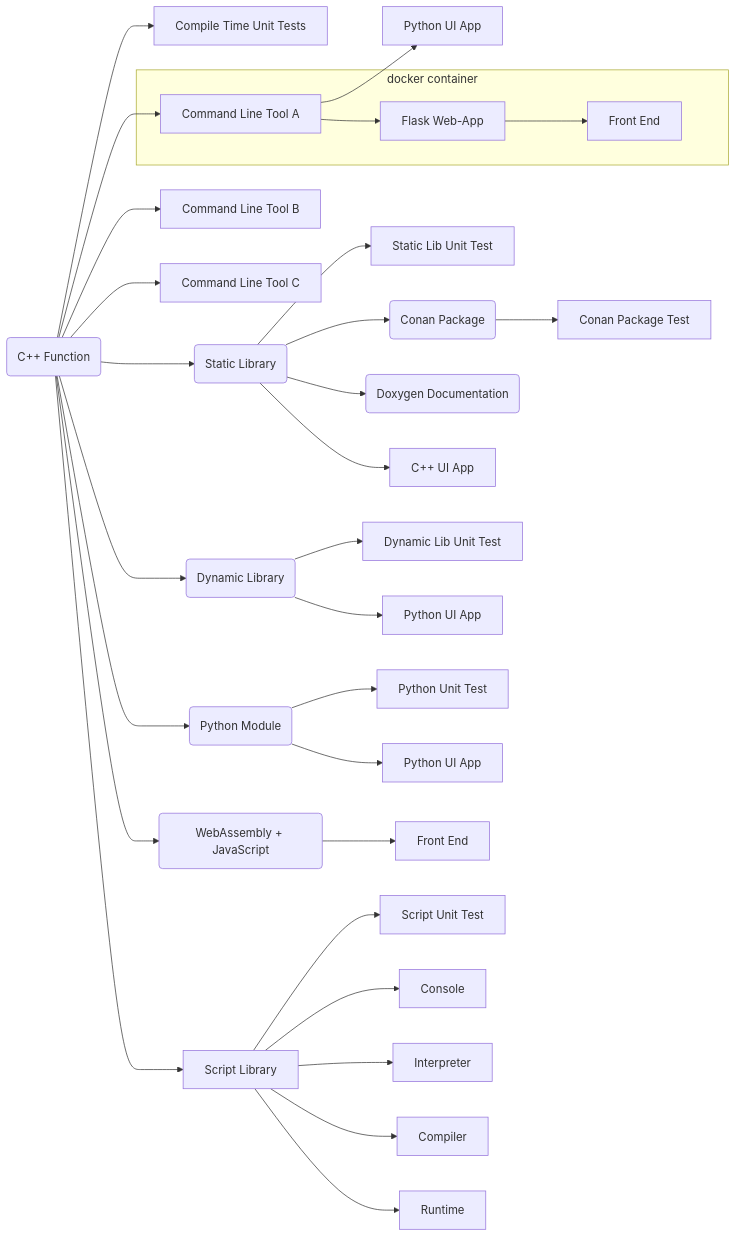
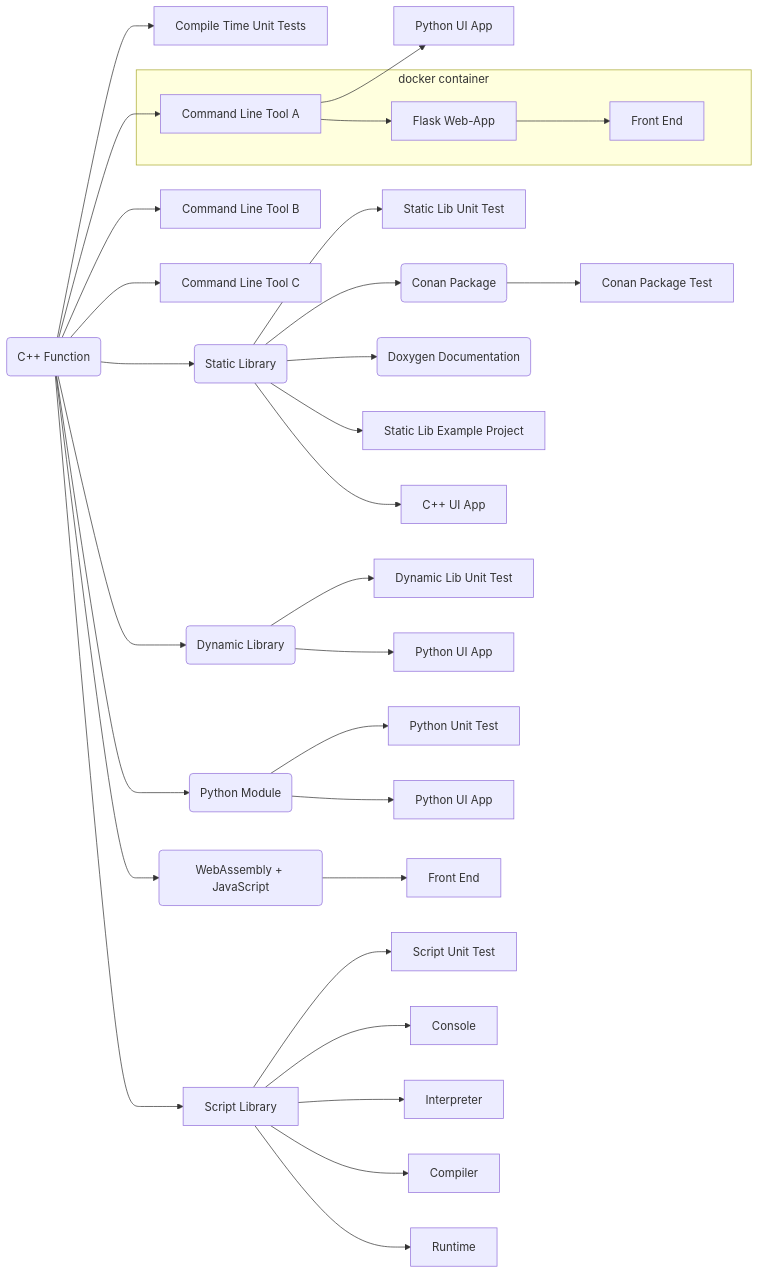
One commit to SebastianBach/full-stack changed the diagram in README.md. Above: the diagram before and after it, drawn with Mermaid. The commit also changed other lines of this file, not shown here.

Commit message:
example project

````diff
--- a/README.md
+++ b/README.md
@@ -39,47 +40,48 @@
 ```mermaid
   flowchart LR;
 
     F(C++ Function) --> CUT[Compile Time Unit Tests];
 
     F --> CLI1[Command Line Tool A]
     F --> CLI2[Command Line Tool B]
     F --> CLI3[Command Line Tool C]
 
     CLI1 --> PYAPP2[Python UI App]
 
     F --> LIB(Static Library)
 
     LIB --> LIBTEST[Static Lib Unit Test]
     LIB --> C(Conan Package)
     LIB --> DOXYGEN(Doxygen Documentation)
+    LIB --> LIBEX[Static Lib Example Project]
 
     LIB --> QTCPP[C++ UI App]
 
     F --> DLL(Dynamic Library)
     DLL --> DLLTEST[Dynamic Lib Unit Test]
     DLL --> QTPYDLL[Python UI App]
 
     C --> CT[Conan Package Test]
 
     F --> PY(Python Module)
 
     subgraph docker container
     CLI1 --> SERVER[Flask Web-App]
     SERVER --> FRONT[Front End]
     end
 
     PY --> PYTEST[Python Unit Test]
     PY --> PYAPP[Python UI App]
 
     F --> WASM(WebAssembly + JavaScript)
 
     WASM --> WASMF[Front End]
 
     F --> SCRIPTLIB[Script Library]
 
     SCRIPTLIB --> SCRIPT_TEST[Script Unit Test]
     SCRIPTLIB --> SCRIPT_CONSOLE[Console]
     SCRIPTLIB --> SCRIPT_INTERPRETER[Interpreter]
     SCRIPTLIB --> SCRIPT_COMPILER[Compiler]
     SCRIPTLIB --> SCRIPT_RUNTIME[Runtime]
 ```
````
